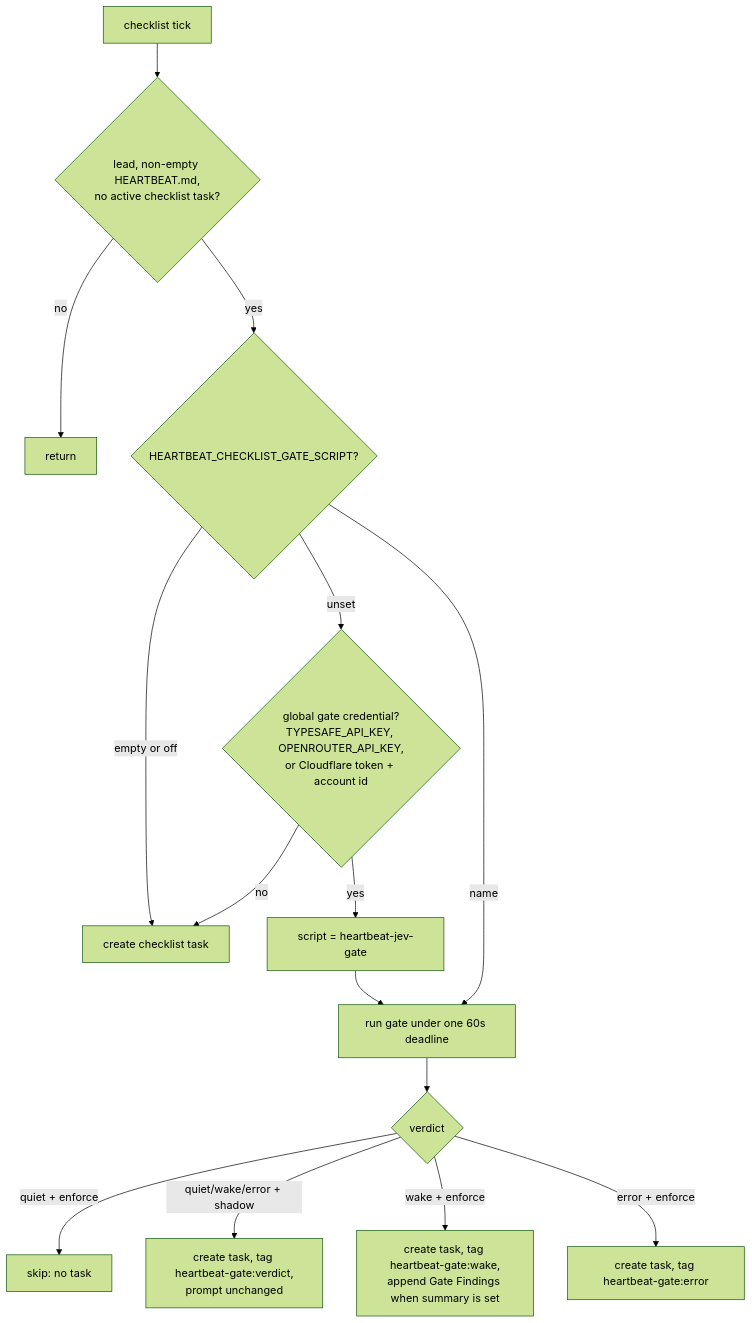
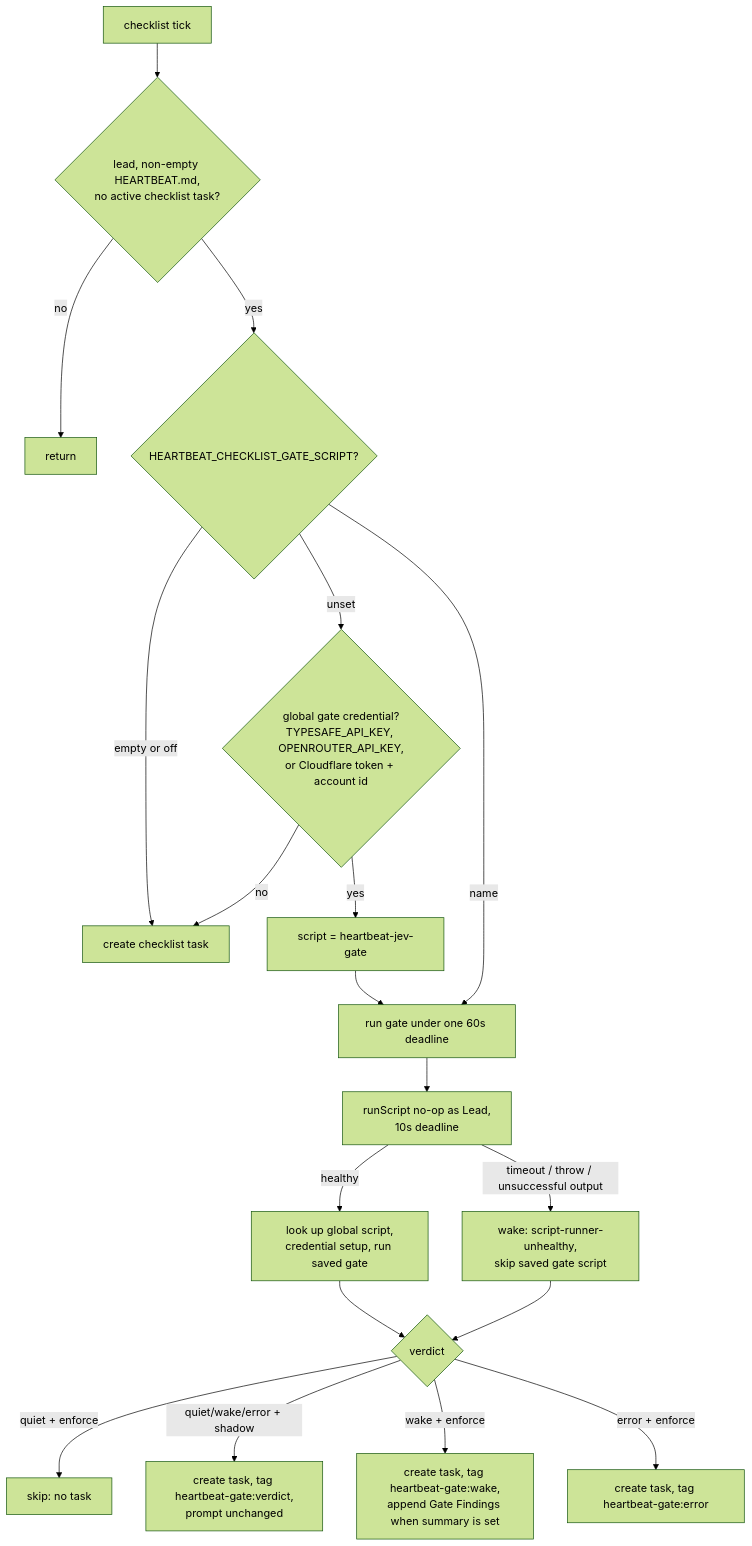
Before and after one commit to Capchase/agent-swarm: the seventh of 7 diagrams in runbooks/heartbeat-crash-recovery.md, drawn with Mermaid (forest theme). The commit also changed other lines of this file, not shown here.

Commit message:
docs(heartbeat): describe probe-first checklist gate verdicts

````diff
--- a/runbooks/heartbeat-crash-recovery.md
+++ b/runbooks/heartbeat-crash-recovery.md
@@ -894,17 +894,21 @@
 ```mermaid
 flowchart TD
   T[checklist tick] --> D{lead, non-empty HEARTBEAT.md,<br/>no active checklist task?}
   D -- no --> X[return]
   D -- yes --> G{HEARTBEAT_CHECKLIST_GATE_SCRIPT?}
   G -- "empty or off" --> C[create checklist task]
   G -- unset --> K{global gate credential?<br/>TYPESAFE_API_KEY, OPENROUTER_API_KEY,<br/>or Cloudflare token + account id}
   K -- no --> C
   K -- yes --> RJ[script = heartbeat-jev-gate]
   RJ --> R
   G -- name --> R[run gate under one 60s deadline]
-  R --> V{verdict}
+  R --> P[runScript no-op as Lead,<br/>10s deadline]
+  P -- timeout / throw / unsuccessful output --> U[wake: script-runner-unhealthy,<br/>skip saved gate script]
+  P -- healthy --> L[look up global script,<br/>credential setup, run saved gate]
+  L --> V{verdict}
+  U --> V
   V -- quiet + enforce --> S[skip: no task]
   V -- quiet/wake/error + shadow --> CT[create task, tag heartbeat-gate:verdict,<br/>prompt unchanged]
   V -- wake + enforce --> CF[create task, tag heartbeat-gate:wake,<br/>append Gate Findings when summary is set]
   V -- error + enforce --> CE[create task, tag heartbeat-gate:error]
 ```
````
